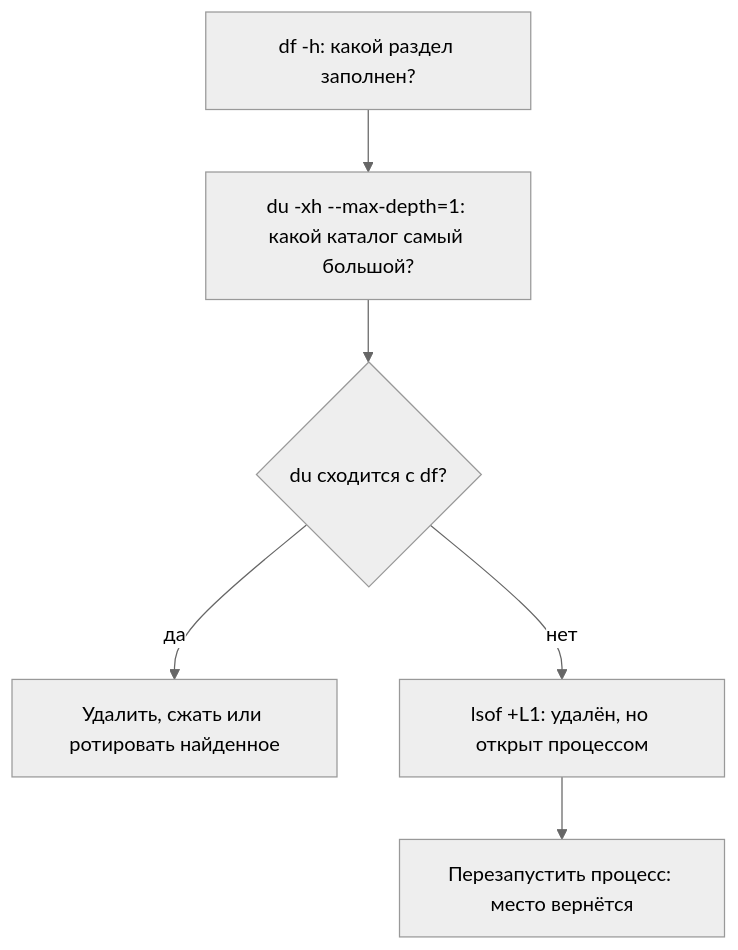
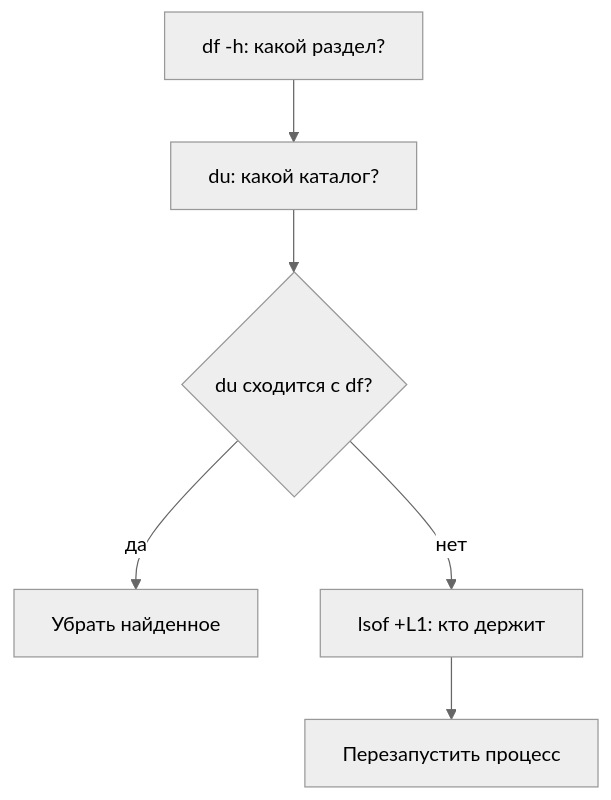
One commit to distinguished-sre/learning changed the second of 4 diagrams in devops/01-linux/05-disk-memory-cpu.md. Above: the diagram before and after it, drawn with Mermaid (neutral theme). The commit also changed other lines of this file and 462 other files, not shown here.

````diff
--- a/devops/01-linux/05-disk-memory-cpu.md
+++ b/devops/01-linux/05-disk-memory-cpu.md
@@ -130,8 +149,8 @@
 ```mermaid
 flowchart TD
-    A["df -h: какой раздел заполнен?"] --> B["du -xh --max-depth=1: какой каталог самый большой?"]
+    A["df -h: какой раздел?"] --> B["du: какой каталог?"]
     B --> C{"du сходится с df?"}
-    C -->|"да"| D["Удалить, сжать или ротировать найденное"]
-    C -->|"нет"| E["lsof +L1: удалён, но открыт процессом"]
-    E --> F["Перезапустить процесс: место вернётся"]
+    C -->|"да"| D["Убрать найденное"]
+    C -->|"нет"| E["lsof +L1: кто держит"]
+    E --> F["Перезапустить процесс"]
 ```
````
